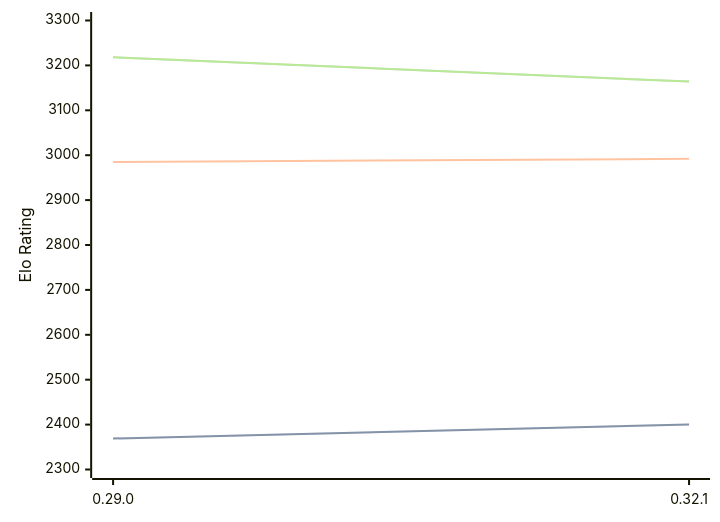
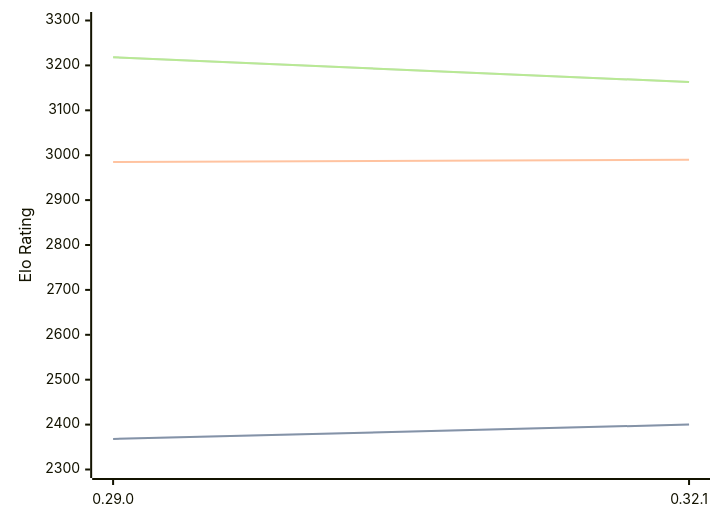
The diagram in engines/Lc0.md (computer-chess-index/cci), drawn with Mermaid before and after one commit. The commit also changed other lines of this file, not shown here.

Commit message:
Update CCI Ratings (ELO VLTC) - 2026-07-27

````diff
--- a/engines/Lc0.md
+++ b/engines/Lc0.md
@@ -68,11 +68,11 @@
 ```mermaid
 %%{init: {"theme":"base","themeVariables":{"seriesColors:['#a3a3a3','#222221','#faa371']}}}%%
 xychart-beta
   x-axis ["0.29.0", "0.32.1"]
   y-axis "Elo Rating" 2300 --> 3300
-  line "STC (8.0+0.08s)" [2369, 2400]
-  line "STC (8.0+0.08s)" [2369, 2400]
-  line "LTC (60.0+0.60s)" [2985, 2992]
-  line "VLTC (2m24s+1.12s)" [3218, 3164]
-  line "VLTC (2m24s+1.12s)" [3218, 3164]
+  line "STC (8.0+0.08s)" [2368, 2400]
+  line "STC (8.0+0.08s)" [2368, 2400]
+  line "LTC (60.0+0.60s)" [2985, 2990]
+  line "VLTC (2m24s+1.12s)" [3218, 3163]
+  line "VLTC (2m24s+1.12s)" [3218, 3163]
 ```
````
